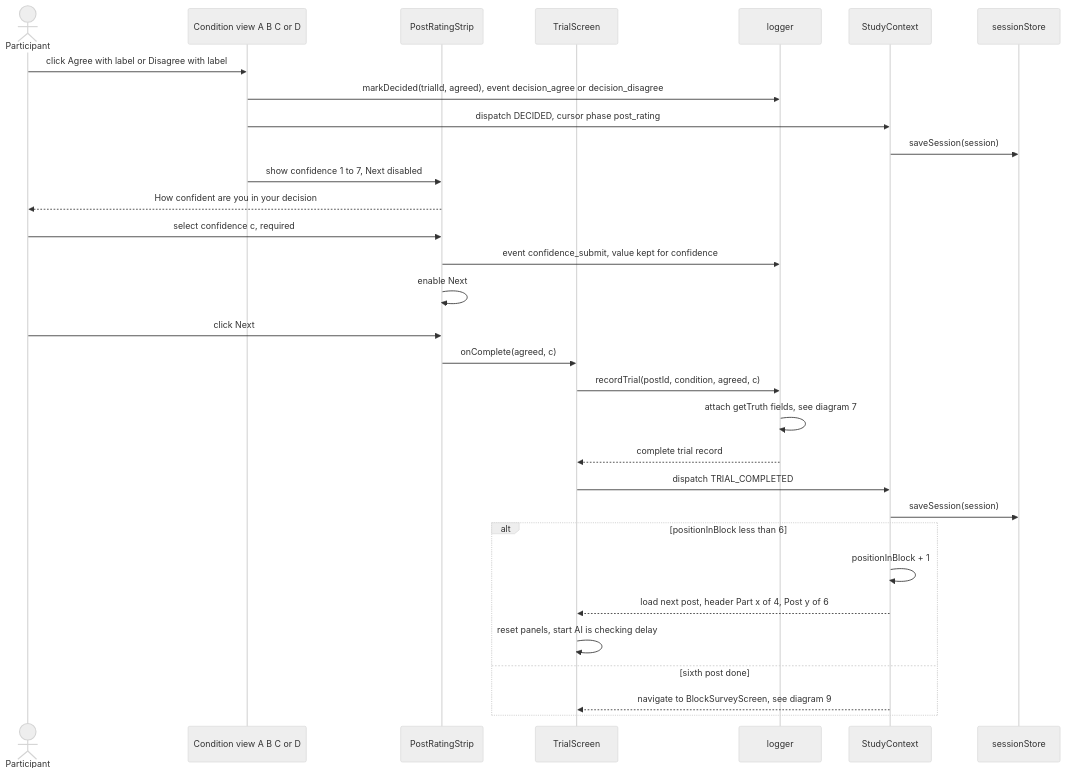
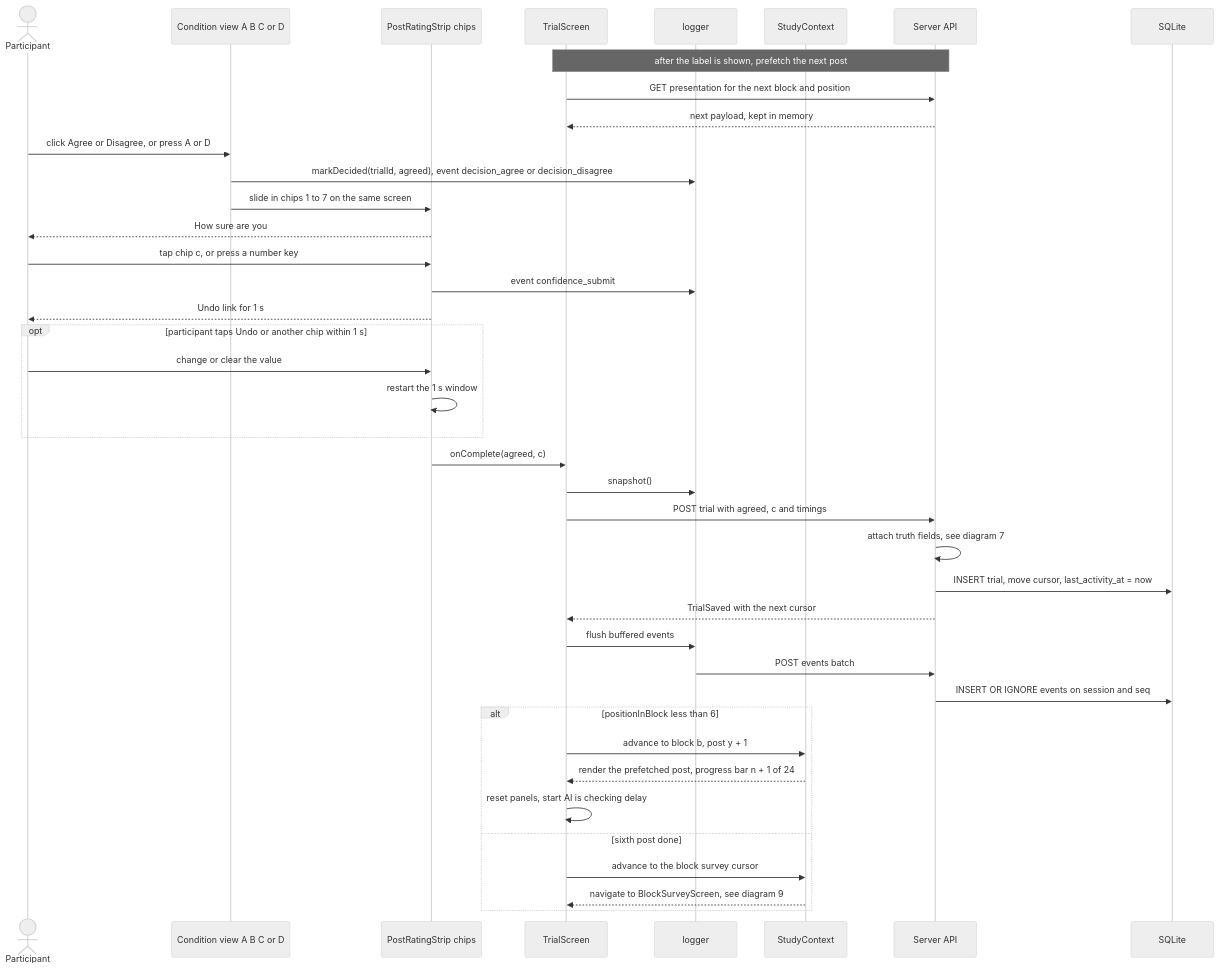
One commit to bibekgupta3333/HCI changed the eighth of 12 diagrams in docs/sequence-diagrams.md. Above: the diagram before and after it, drawn with Mermaid (neutral theme). The commit also changed other lines of this file and 87 other files, not shown here.

````diff
--- a/docs/sequence-diagrams.md
+++ b/docs/sequence-diagrams.md
@@ -377,34 +408,43 @@
 ```mermaid
 sequenceDiagram
     actor P as Participant
     participant View as Condition view A B C or D
-    participant Strip as PostRatingStrip
+    participant Strip as PostRatingStrip chips
     participant Trial as TrialScreen
     participant Log as logger
     participant SC as StudyContext
-    participant SS as sessionStore
+    participant API as Server API
+    participant DB as SQLite
 
-    P->>View: click Agree with label or Disagree with label
+    Note over Trial,API: after the label is shown, prefetch the next post
+    Trial->>API: GET presentation for the next block and position
+    API-->>Trial: next payload, kept in memory
+    P->>View: click Agree or Disagree, or press A or D
     View->>Log: markDecided(trialId, agreed), event decision_agree or decision_disagree
-    View->>SC: dispatch DECIDED, cursor phase post_rating
-    SC->>SS: saveSession(session)
-    View->>Strip: show confidence 1 to 7, Next disabled
-    Strip-->>P: How confident are you in your decision
-    P->>Strip: select confidence c, required
-    Strip->>Log: event confidence_submit, value kept for confidence
-    Strip->>Strip: enable Next
-    P->>Strip: click Next
+    View->>Strip: slide in chips 1 to 7 on the same screen
+    Strip-->>P: How sure are you
+    P->>Strip: tap chip c, or press a number key
+    Strip->>Log: event confidence_submit
+    Strip-->>P: Undo link for 1 s
+    opt participant taps Undo or another chip within 1 s
+        P->>Strip: change or clear the value
+        Strip->>Strip: restart the 1 s window
+    end
     Strip->>Trial: onComplete(agreed, c)
-    Trial->>Log: recordTrial(postId, condition, agreed, c)
-    Log->>Log: attach getTruth fields, see diagram 7
-    Log-->>Trial: complete trial record
-    Trial->>SC: dispatch TRIAL_COMPLETED
-    SC->>SS: saveSession(session)
+    Trial->>Log: snapshot()
+    Trial->>API: POST trial with agreed, c and timings
+    API->>API: attach truth fields, see diagram 7
+    API->>DB: INSERT trial, move cursor, last_activity_at = now
+    API-->>Trial: TrialSaved with the next cursor
+    Trial->>Log: flush buffered events
+    Log->>API: POST events batch
+    API->>DB: INSERT OR IGNORE events on session and seq
     alt positionInBlock less than 6
-        SC->>SC: positionInBlock + 1
-        SC-->>Trial: load next post, header Part x of 4, Post y of 6
+        Trial->>SC: advance to block b, post y + 1
+        SC-->>Trial: render the prefetched post, progress bar n + 1 of 24
         Trial->>Trial: reset panels, start AI is checking delay
     else sixth post done
+        Trial->>SC: advance to the block survey cursor
         SC-->>Trial: navigate to BlockSurveyScreen, see diagram 9
     end
 ```
````
